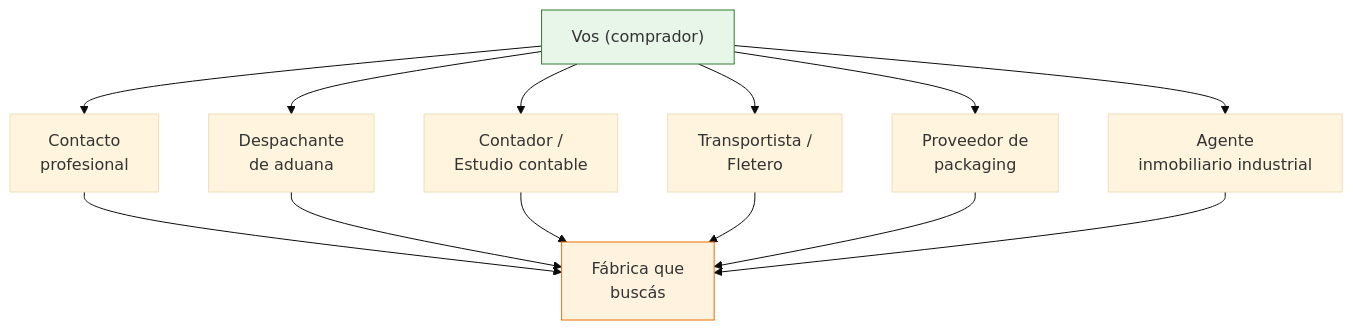
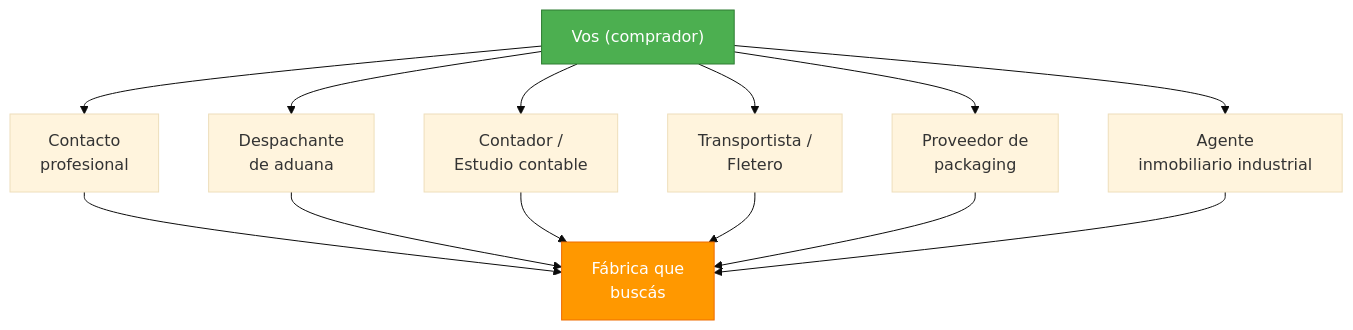
One commit to barrosignacioezequiel-coder/docs changed the first of 2 diagrams in app/paso1-argentina/encontrar-fabricas/despachantes-contadores.mdx. Above: the diagram before and after it, drawn with Mermaid (base theme). The commit also changed other lines of this file and 66 other files, not shown here.

First line of the commit message:
fix: resolve Mermaid v11 numbered list errors + improve contrast

````diff
--- a/app/paso1-argentina/encontrar-fabricas/despachantes-contadores.mdx
+++ b/app/paso1-argentina/encontrar-fabricas/despachantes-contadores.mdx
@@ -15,20 +15,20 @@
 ```mermaid
 graph TD
     A["Vos (comprador)"] --> B["Contacto<br/>profesional"]
     B --> C["Fábrica que<br/>buscás"]
 
     B1["Despachante<br/>de aduana"] --> C
     B2["Contador /<br/>Estudio contable"] --> C
     B3["Transportista /<br/>Fletero"] --> C
     B4["Proveedor de<br/>packaging"] --> C
     B5["Agente<br/>inmobiliario industrial"] --> C
 
     A --> B1
     A --> B2
     A --> B3
     A --> B4
     A --> B5
 
-    style A fill:#e8f5e9,stroke:#2e7d32
-    style C fill:#fff3e0,stroke:#ef6c00
+    style A fill:#4caf50,stroke:#2e7d32,color:#fff
+    style C fill:#ff9800,stroke:#ef6c00,color:#fff
 ```
````
